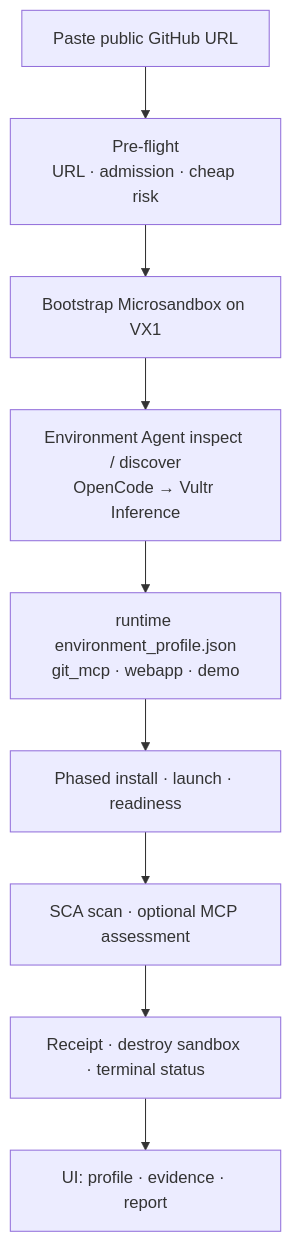
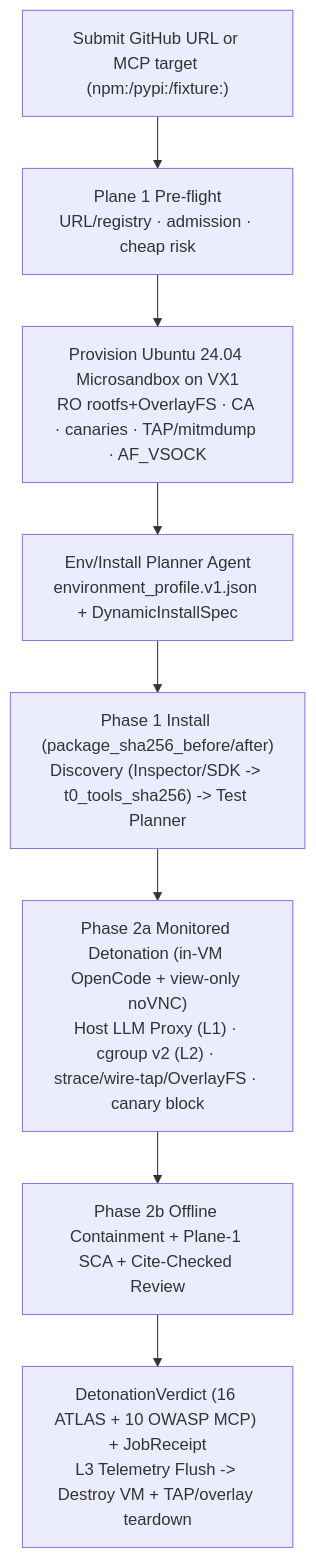
Before and after one commit to ludvigodin/killhub: the second of 4 diagrams in README.md, drawn with Mermaid. The commit also changed other lines of this file and 35 other files, not shown here.

````diff
--- a/README.md
+++ b/README.md
@@ -49,11 +50,10 @@
 ```mermaid
 flowchart TB
-  U["Paste public GitHub URL"] --> P["Pre-flight<br/>URL · admission · cheap risk"]
-  P --> V["Bootstrap Microsandbox on VX1"]
-  V --> A["Environment Agent inspect / discover<br/>OpenCode → Vultr Inference"]
-  A --> F["runtime environment_profile.json<br/>git_mcp · webapp · demo"]
-  F --> I["Phased install · launch · readiness"]
-  I --> S["SCA scan · optional MCP assessment"]
-  S --> R["Receipt · destroy sandbox · terminal status"]
-  R --> UI["UI: profile · evidence · report"]
+  U["Submit GitHub URL or MCP target (npm:/pypi:/fixture:)"] --> P["Plane 1 Pre-flight<br/>URL/registry · admission · cheap risk"]
+  P --> V["Provision Ubuntu 24.04 Microsandbox on VX1<br/>RO rootfs+OverlayFS · CA · canaries · TAP/mitmdump · AF_VSOCK"]
+  V --> A["Env/Install Planner Agent<br/>environment_profile.v1.json + DynamicInstallSpec"]
+  A --> I["Phase 1 Install (package_sha256_before/after)<br/>Discovery (Inspector/SDK -> t0_tools_sha256) -> Test Planner"]
+  I --> D["Phase 2a Monitored Detonation (in-VM OpenCode + view-only noVNC)<br/>Host LLM Proxy (L1) · cgroup v2 (L2) · strace/wire-tap/OverlayFS · canary block"]
+  D --> O["Phase 2b Offline Containment + Plane-1 SCA + Cite-Checked Review"]
+  O --> R["DetonationVerdict (16 ATLAS + 10 OWASP MCP) + JobReceipt<br/>L3 Telemetry Flush -> Destroy VM + TAP/overlay teardown"]
 ```
````
